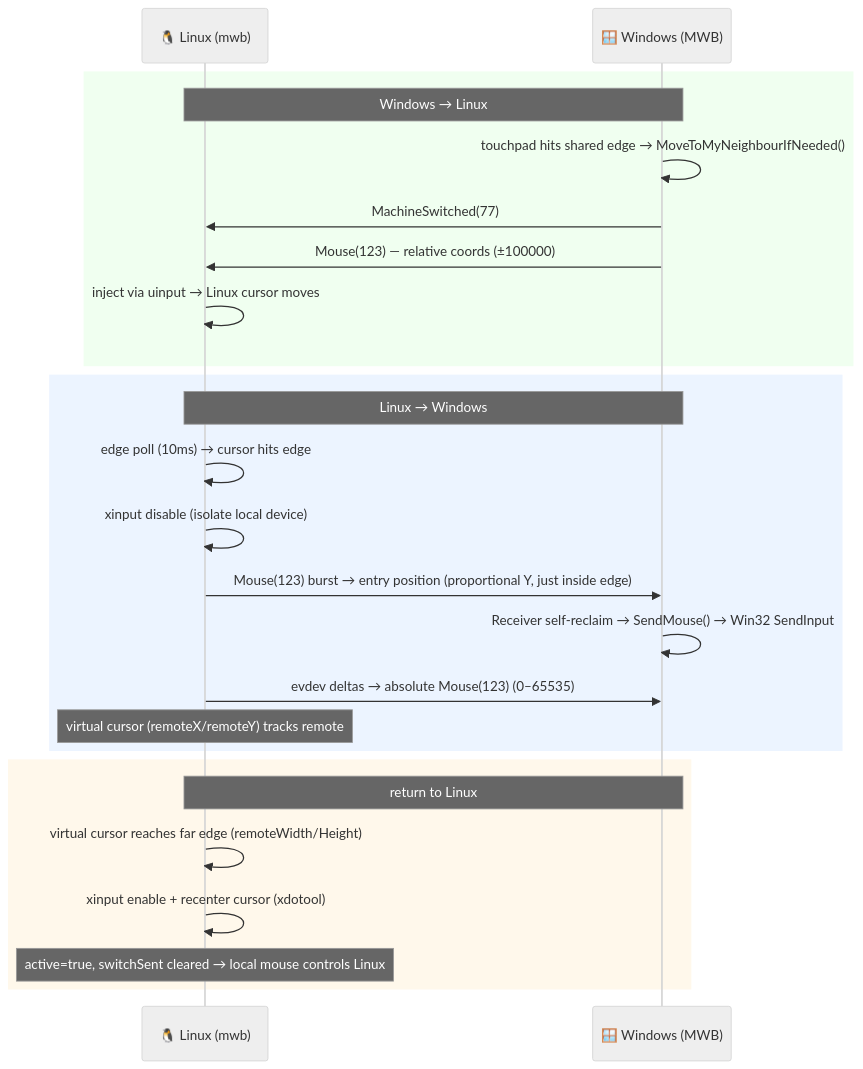
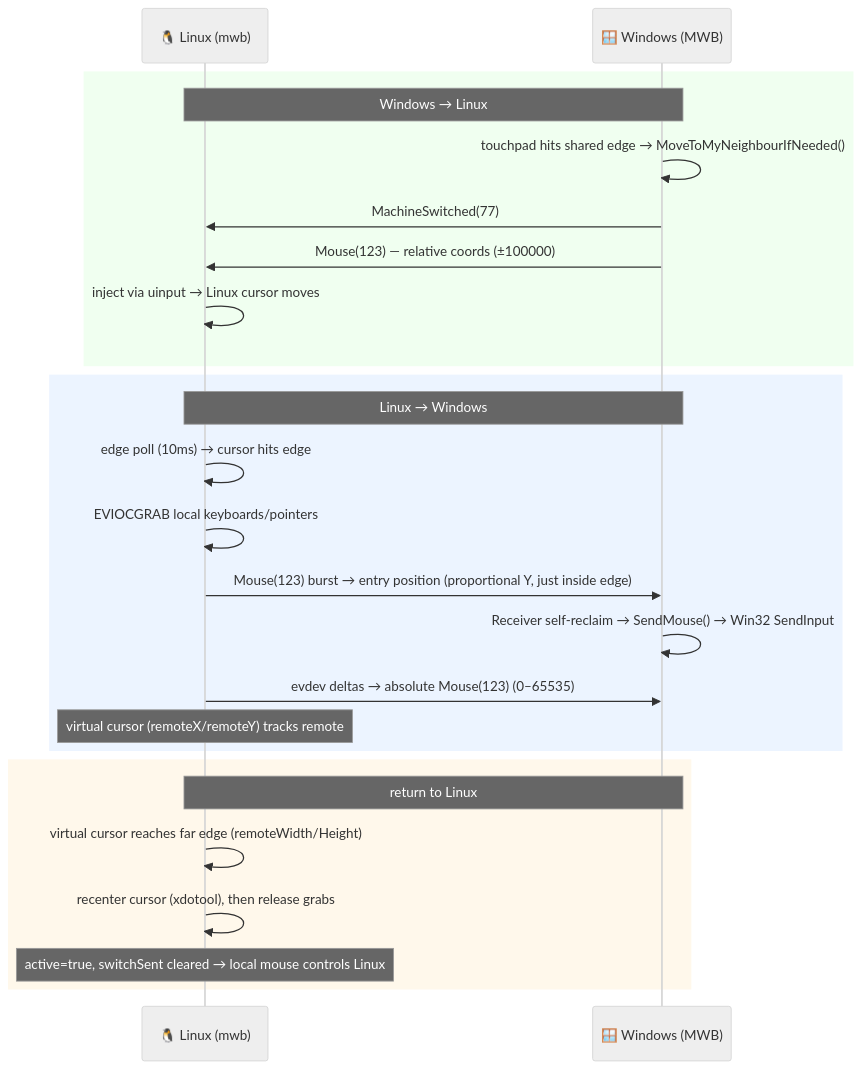
One commit to lucky-verma/mwb-linux changed the third of 3 diagrams in docs/ARCHITECTURE.md. Above: the diagram before and after it, drawn with Mermaid (neutral theme). The commit also changed other lines of this file and 10 other files, not shown here.

````diff
--- a/docs/ARCHITECTURE.md
+++ b/docs/ARCHITECTURE.md
@@ -68,27 +68,27 @@
 ```mermaid
 sequenceDiagram
     participant L as 🐧 Linux (mwb)
     participant W as 🪟 Windows (MWB)
     rect rgb(240, 255, 240)
         note over L,W: Windows → Linux
         W->>W: touchpad hits shared edge → MoveToMyNeighbourIfNeeded()
         W->>L: MachineSwitched(77)
         W->>L: Mouse(123) — relative coords (±100000)
         L->>L: inject via uinput → Linux cursor moves
     end
     rect rgb(236, 244, 255)
         note over L,W: Linux → Windows
         L->>L: edge poll (10ms) → cursor hits edge
-        L->>L: xinput disable (isolate local device)
+        L->>L: EVIOCGRAB local keyboards/pointers
         L->>W: Mouse(123) burst → entry position (proportional Y, just inside edge)
         W->>W: Receiver self-reclaim → SendMouse() → Win32 SendInput
         L->>W: evdev deltas → absolute Mouse(123) (0–65535)
         note over L: virtual cursor (remoteX/remoteY) tracks remote
     end
     rect rgb(255, 248, 235)
         note over L,W: return to Linux
         L->>L: virtual cursor reaches far edge (remoteWidth/Height)
-        L->>L: xinput enable + recenter cursor (xdotool)
+        L->>L: recenter cursor (xdotool), then release grabs
         note over L: active=true, switchSent cleared → local mouse controls Linux
     end
 ```
````
